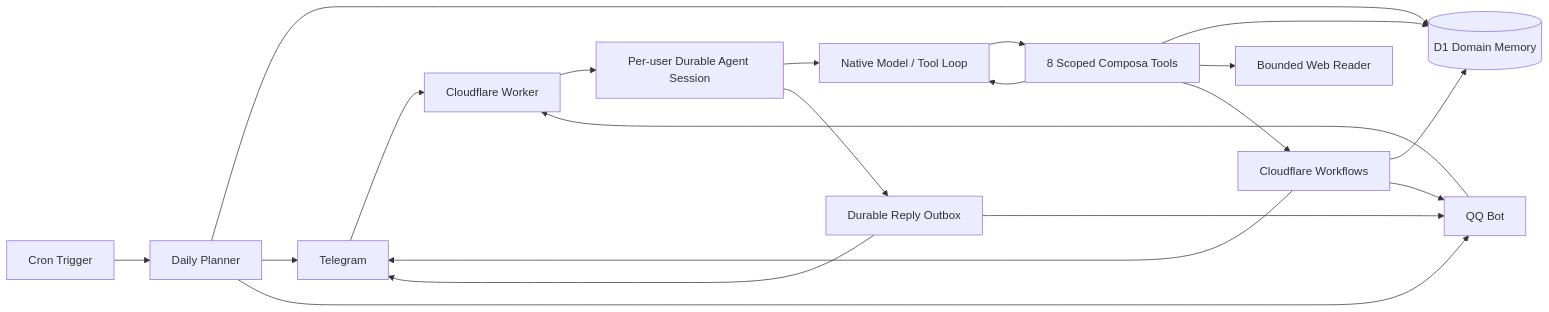
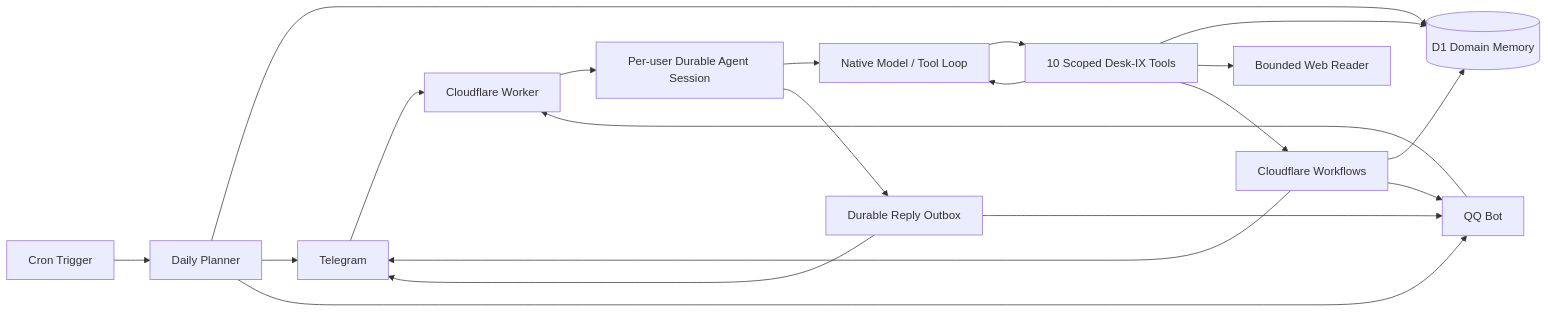
One commit to kinamind/Desk-IX changed the diagram in README.md. Above: the diagram before and after it, drawn with Mermaid. The commit also changed other lines of this file and 31 other files, not shown here.

````diff
--- a/README.md
+++ b/README.md
@@ -38,22 +39,22 @@
 ```mermaid
 flowchart LR
   TG["Telegram"] --> WH["Cloudflare Worker"]
   QQ["QQ Bot"] --> WH
   WH --> DO["Per-user Durable Agent Session"]
   DO --> AI["Native Model / Tool Loop"]
-  AI --> TOOLS["8 Scoped Composa Tools"]
+  AI --> TOOLS["10 Scoped Desk-IX Tools"]
   TOOLS --> AI
   TOOLS --> D1[("D1 Domain Memory")]
   TOOLS --> WEB["Bounded Web Reader"]
   TOOLS --> WF["Cloudflare Workflows"]
   DO --> OUT["Durable Reply Outbox"]
   OUT --> TG
   OUT --> QQ
   WF --> D1
   WF --> TG
   WF --> QQ
   CR["Cron Trigger"] --> PLAN["Daily Planner"]
   PLAN --> D1
   PLAN --> TG
   PLAN --> QQ
 ```
````
